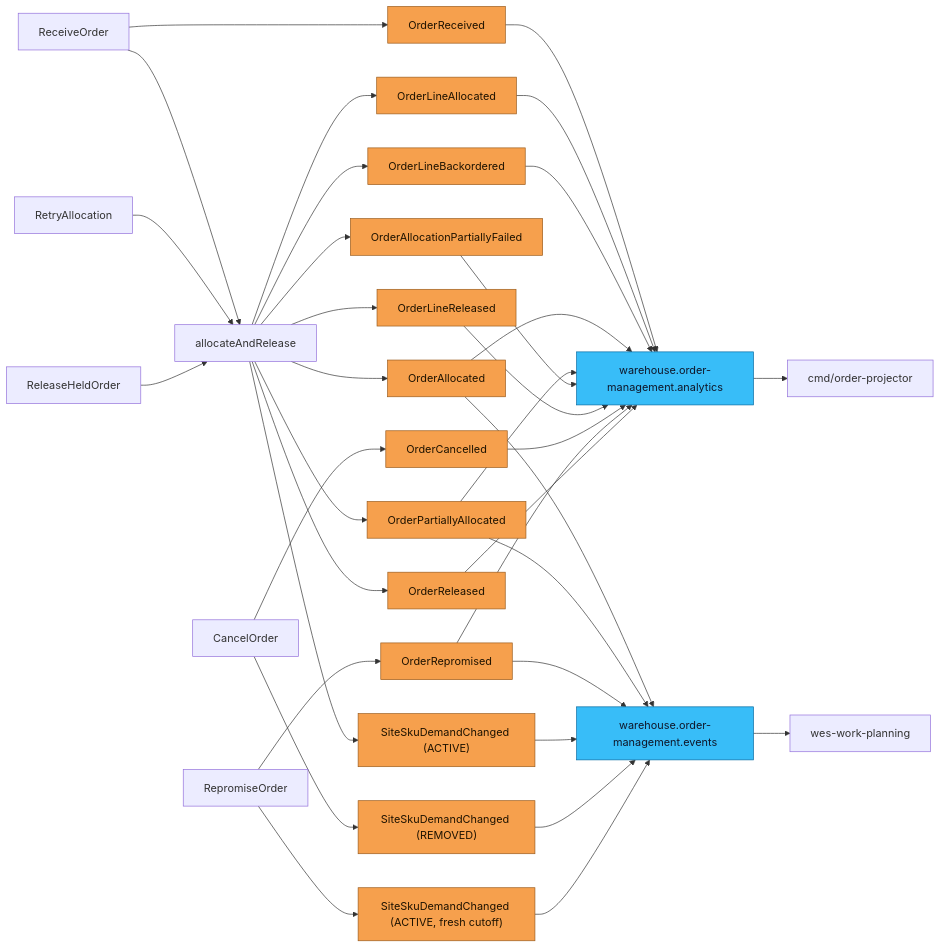
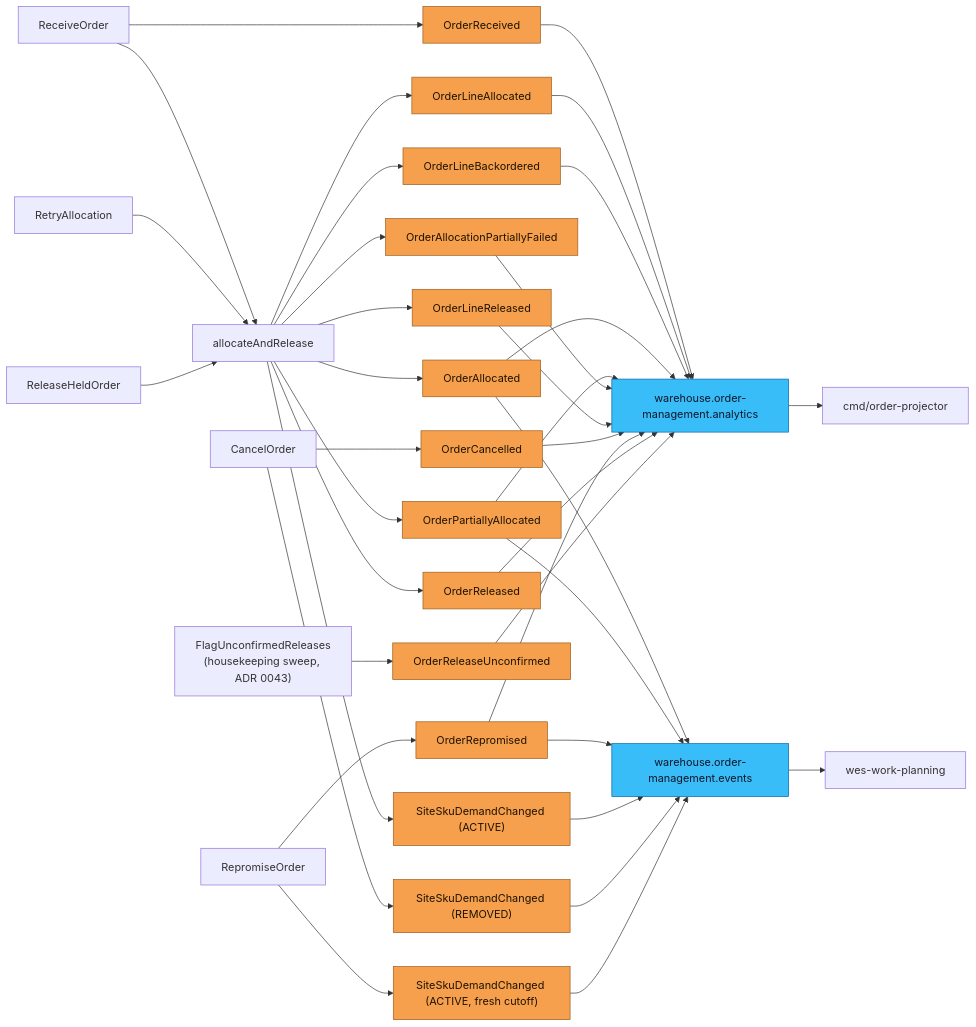
Before and after one commit to IQVO/warehouse-docs: the diagram in docs/contexts/order-management/domain-events.md, drawn with Mermaid. The commit also changed other lines of this file and 53 other files, not shown here.

````diff
--- a/docs/contexts/order-management/domain-events.md
+++ b/docs/contexts/order-management/domain-events.md
@@ -214,30 +241,31 @@
 ```mermaid
 flowchart LR
   RO["ReceiveOrder"] --> E1["OrderReceived"]
   RO --> AR["allocateAndRelease"]
   RA["RetryAllocation"] --> AR
   RH["ReleaseHeldOrder"] --> AR
   AR --> E2["OrderLineAllocated"]
   AR --> E3["OrderLineBackordered"]
   AR --> E4["OrderAllocated"]
   AR --> E5["OrderPartiallyAllocated"]
   AR --> E6["OrderAllocationPartiallyFailed"]
   AR --> E7["OrderLineReleased"]
   AR --> E10["OrderReleased"]
   AR --> E11["SiteSkuDemandChanged (ACTIVE)"]
   CO["CancelOrder"] --> E8["OrderCancelled"]
   CO --> E12["SiteSkuDemandChanged (REMOVED)"]
   RP["RepromiseOrder"] --> E9["OrderRepromised"]
   RP --> E13["SiteSkuDemandChanged (ACTIVE, fresh cutoff)"]
+  FU["FlagUnconfirmedReleases<br/>(housekeeping sweep, ADR 0043)"] --> E14["OrderReleaseUnconfirmed"]
 
-  E1 & E2 & E3 & E4 & E5 & E6 & E7 & E8 & E9 & E10 --> AN["warehouse.order-management.analytics"]
+  E1 & E2 & E3 & E4 & E5 & E6 & E7 & E8 & E9 & E10 & E14 --> AN["warehouse.order-management.analytics"]
   E4 & E5 & E9 --> INT["warehouse.order-management.events"]
   E11 & E12 & E13 --> INT
   INT --> WP["wes-work-planning"]
   AN --> PJ["cmd/order-projector"]
 
   classDef ev fill:#f6a04d,stroke:#9a5b1c,color:#1f1300;
   classDef topic fill:#38bdf8,stroke:#0369a1,color:#0f172a;
-  class E1,E2,E3,E4,E5,E6,E7,E8,E9,E10,E11,E12,E13 ev;
+  class E1,E2,E3,E4,E5,E6,E7,E8,E9,E10,E11,E12,E13,E14 ev;
   class AN,INT topic;
 ```
````
